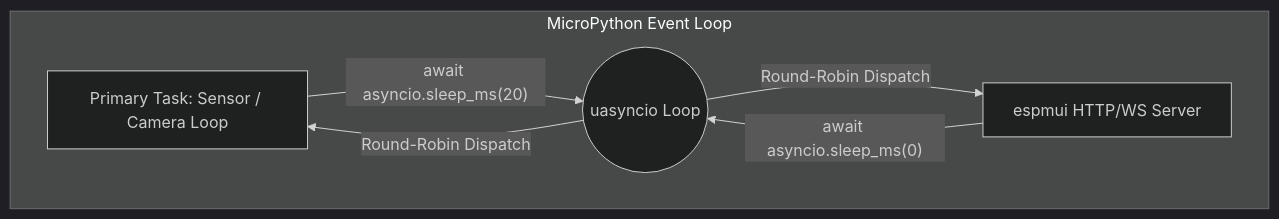
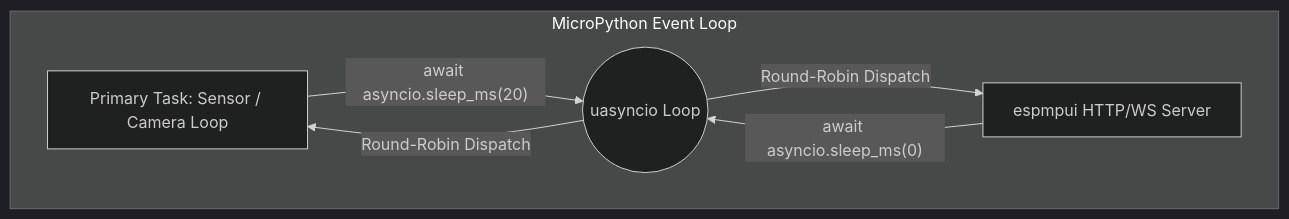
Before and after one commit to csseeker/espmpui: the first of 2 diagrams in docs/concurrency_and_resilience.md, drawn with Mermaid (dark theme). The commit also changed other lines of this file and 41 other files, not shown here.

Commit message:
refactor: rename project package from espmui to espmpui

````diff
--- a/docs/concurrency_and_resilience.md
+++ b/docs/concurrency_and_resilience.md
@@ -22,9 +22,9 @@
 ```mermaid
 flowchart TD
     subgraph EventLoop["MicroPython Event Loop"]
         SENS["Primary Task: Sensor / Camera Loop"] -->|"await asyncio.sleep_ms(20)"| LOOP(("uasyncio Loop"))
-        UI_SRV["espmui HTTP/WS Server"] -->|"await asyncio.sleep_ms(0)"| LOOP
+        UI_SRV["espmpui HTTP/WS Server"] -->|"await asyncio.sleep_ms(0)"| LOOP
         LOOP -->|"Round-Robin Dispatch"| SENS
         LOOP -->|"Round-Robin Dispatch"| UI_SRV
     end
 ```
````
